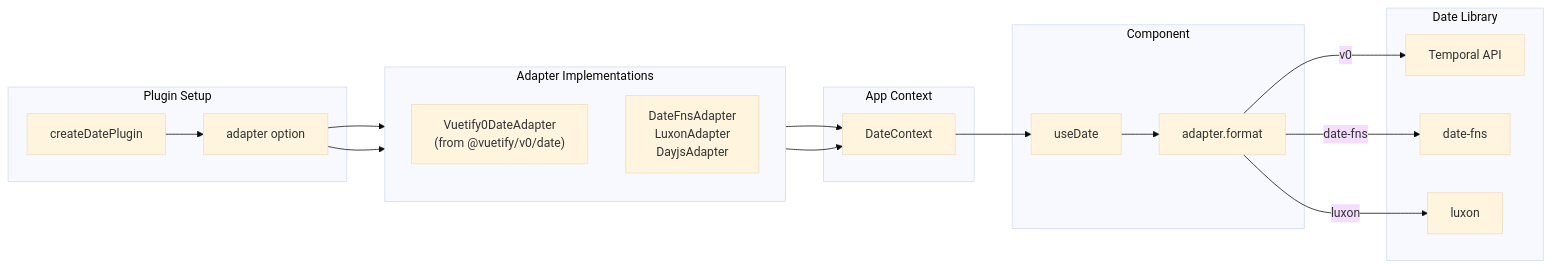
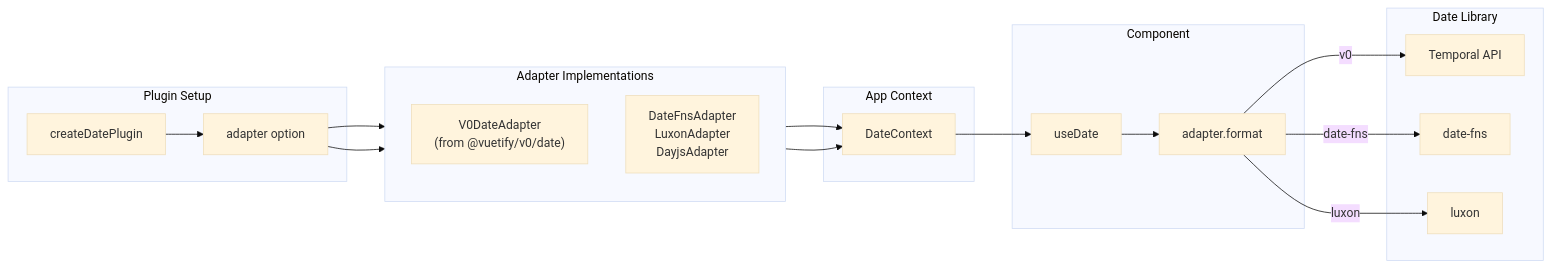
One commit to vuetifyjs/0 changed the diagram in apps/docs/src/pages/composables/plugins/use-date.md. Above: the diagram before and after it, drawn with Mermaid (base theme). The commit also changed other lines of this file and 9 other files, not shown here.

Commit message:
refactor(useDate): rename Vuetify0DateAdapter to V0DateAdapter and promote interface to abstract class

````diff
--- a/apps/docs/src/pages/composables/plugins/use-date.md
+++ b/apps/docs/src/pages/composables/plugins/use-date.md
@@ -304,39 +307,39 @@
 ```mermaid "Adapter Pattern Flow"
 flowchart LR
   subgraph Setup["Plugin Setup"]
     plugin["createDatePlugin"]
     opts["adapter option"]
   end
 
   subgraph Adapters["Adapter Implementations"]
     direction TB
-    v0["Vuetify0DateAdapter<br/>(from @vuetify/v0/date)"]
+    v0["V0DateAdapter<br/>(from @vuetify/v0/date)"]
     custom["DateFnsAdapter<br/>LuxonAdapter<br/>DayjsAdapter"]
   end
 
   subgraph Provided["App Context"]
     ctx["DateContext"]
   end
 
   subgraph Comp["Component"]
     use["useDate"]
     invoke["adapter.format"]
   end
 
   subgraph Library["Date Library"]
     temporal["Temporal API"]
     datefns["date-fns"]
     luxon["luxon"]
   end
 
   plugin --> opts
   opts --> v0
   opts --> custom
   v0 --> ctx
   custom --> ctx
   ctx --> use
   use --> invoke
   invoke -->|v0| temporal
   invoke -->|date-fns| datefns
   invoke -->|luxon| luxon
 ```
````
